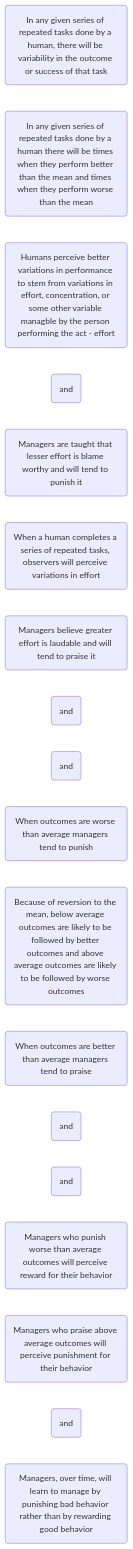
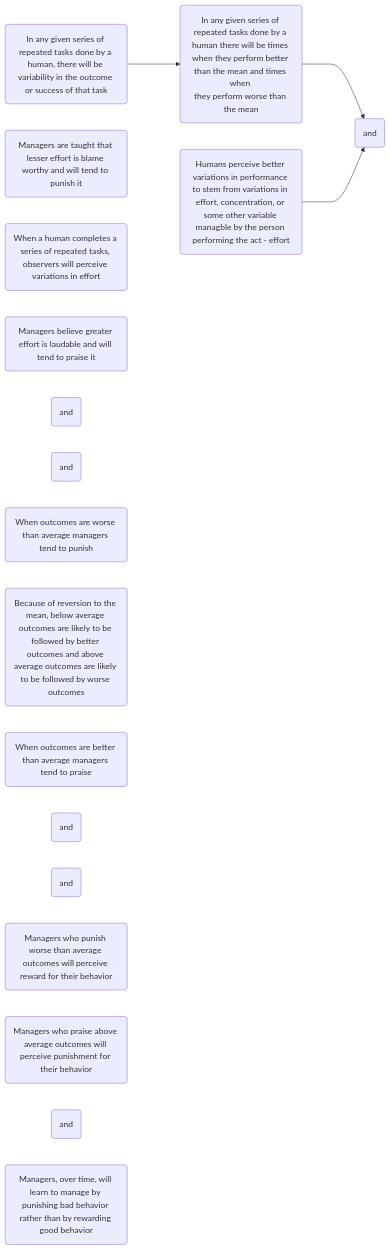
One commit to hwetsman/TOC_Trees changed the diagram in Why_Managers_Learn_To_Manage_Negatively.md. Above: the diagram before and after it, drawn with Mermaid.

Commit message:
Refactor: connect to first and

`````diff
--- a/Why_Managers_Learn_To_Manage_Negatively.md
+++ b/Why_Managers_Learn_To_Manage_Negatively.md
@@ -1,23 +1,27 @@
 ```mermaid
 flowchart LR
 
 human_variability(In any given series of repeated tasks done by a human, there will be variability in the outcome or success of that task)
-above_and_below(In any given series of repeated tasks done by a human there will be times when they perform better than the mean and times when they perform worse than the mean)
+above_and_below(In any given series of repeated tasks done by a human there will be times when they perform better than the mean and times when 
+they perform worse than the mean)
+  human_variability--->above_and_below
 human_perception(Humans perceive better variations in performance to stem from variations in effort, concentration, or some other variable managble by the person performing the act - effort)
   and1(and)
+  above_and_below--->and1
+  human_perception--->and1
   lesser_effort(Managers are taught that lesser effort is blame worthy and will tend to punish it)
   observer_perception(When a human completes a series of repeated tasks, observers will perceive variations in effort)
   managers_belief(Managers believe greater effort is laudable and will tend to praise it)
     and2(and)
     and3(and)
     worse_outcomes(When outcomes are worse than average managers tend to punish)
     reversion(Because of reversion to the mean, below average outcomes are likely to be followed by better outcomes and above average outcomes are likely to be followed by worse outcomes)
     better_outcomes(When outcomes are better than average managers tend to praise)
       and4(and)
       and5(and)
       managers_punish(Managers who punish worse than average outcomes will perceive reward for their behavior)
       managers_praise(Managers who praise above average outcomes will perceive punishment for their behavior)
         and6(and)
         managers_over_time(Managers, over time, will learn to manage by punishing bad behavior rather than by rewarding good behavior)
 
 ````
`````
